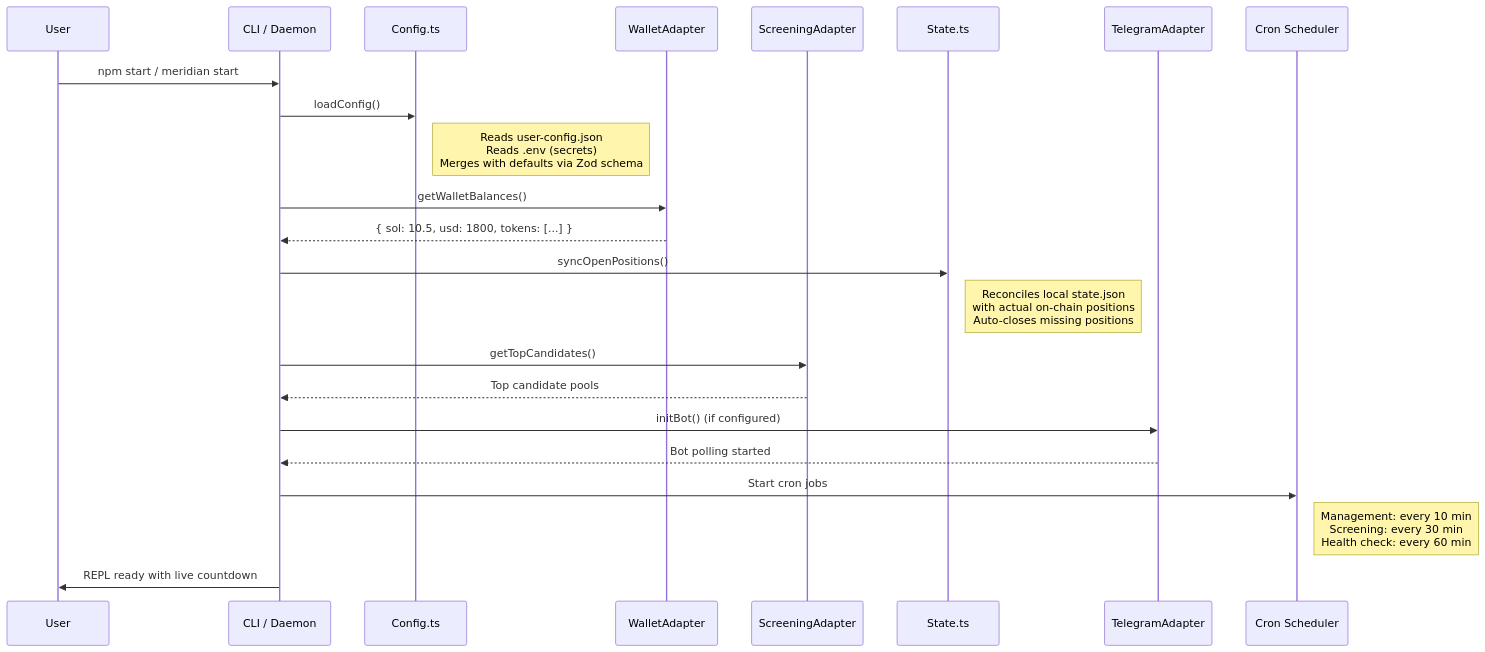
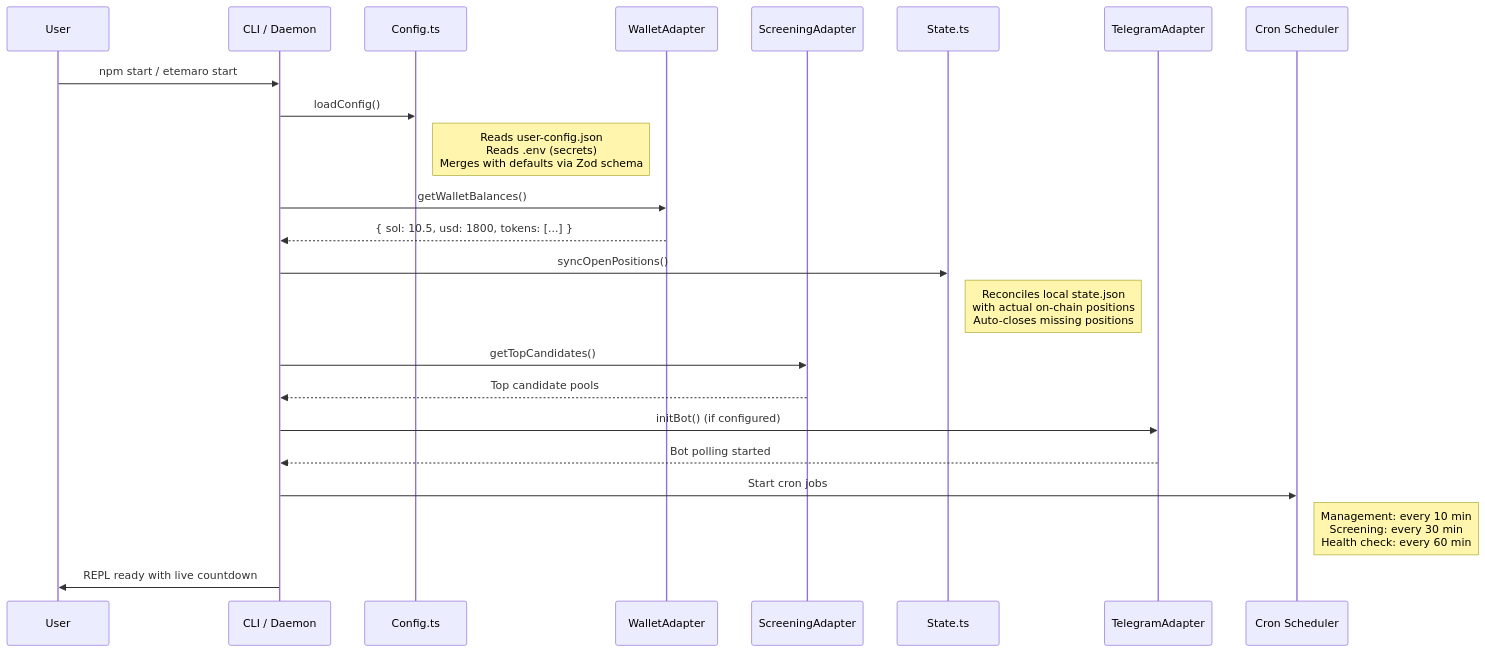
One commit to romankurnovskii/etemaro changed the third of 19 diagrams in docs/FULL_FLOW.md. Above: the diagram before and after it, drawn with Mermaid. The commit also changed other lines of this file and 28 other files, not shown here.

````diff
--- a/docs/FULL_FLOW.md
+++ b/docs/FULL_FLOW.md
@@ -182,32 +182,32 @@
 ```mermaid
 sequenceDiagram
     participant User
     participant CLI as CLI / Daemon
     participant Config as Config.ts
     participant Wallet as WalletAdapter
     participant Screen as ScreeningAdapter
     participant State as State.ts
     participant Telegram as TelegramAdapter
     participant Cron as Cron Scheduler
 
-    User->>CLI: npm start / meridian start
+    User->>CLI: npm start / etemaro start
     CLI->>Config: loadConfig()
     Note right of Config: Reads user-config.json<br/>Reads .env (secrets)<br/>Merges with defaults via Zod schema
 
     CLI->>Wallet: getWalletBalances()
     Wallet-->>CLI: { sol: 10.5, usd: 1800, tokens: [...] }
 
     CLI->>State: syncOpenPositions()
     Note right of State: Reconciles local state.json<br/>with actual on-chain positions<br/>Auto-closes missing positions
 
     CLI->>Screen: getTopCandidates()
     Screen-->>CLI: Top candidate pools
 
     CLI->>Telegram: initBot() (if configured)
     Telegram-->>CLI: Bot polling started
 
     CLI->>Cron: Start cron jobs
     Note right of Cron: Management: every 10 min<br/>Screening: every 30 min<br/>Health check: every 60 min
 
     CLI->>User: REPL ready with live countdown
 ```
````
